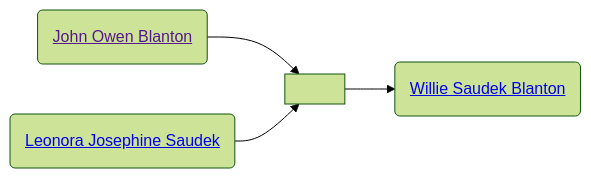
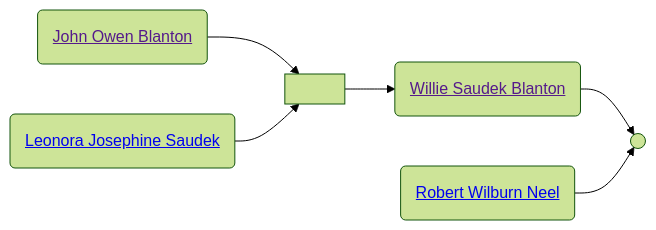
One commit to neelsmith/avocational changed the second of 2 diagrams in familyhistory/sources/people/Neel-line/Blanton-line/John_Owen_Blanton.qmd. Above: the diagram before and after it, drawn with Mermaid (forest theme). The commit also changed other lines of this file and 66 other files, not shown here.

````diff
--- a/familyhistory/sources/people/Neel-line/Blanton-line/John_Owen_Blanton.qmd
+++ b/familyhistory/sources/people/Neel-line/Blanton-line/John_Owen_Blanton.qmd
@@ -39,11 +39,14 @@
 ```{mermaid}
 graph LR
 class John_Owen_Blanton_and_Leonora_Josephine_Saudek marriage
 John_Owen_Blanton(<a href=''>John Owen Blanton</>) --> John_Owen_Blanton_and_Leonora_Josephine_Saudek[ ]
 Leonora_Josephine_Saudek(<a href='./Saudek-line/Leonora_Josephine_Saudek.html'>Leonora Josephine Saudek</>) --> John_Owen_Blanton_and_Leonora_Josephine_Saudek(( ))
 John_Owen_Blanton_and_Leonora_Josephine_Saudek[ ] --> Willie_Saudek_Blanton(<a href='./Willie_Saudek_Blanton.html'>Willie Saudek Blanton</>)
+class Willie_Saudek_Blanton_and_Robert_Wilburn_Neel marriage
+Willie_Saudek_Blanton(<a href=''>Willie Saudek Blanton</>) --> Willie_Saudek_Blanton_and_Robert_Wilburn_Neel[ ]
+Robert_Wilburn_Neel(<a href='./../Robert_Wilburn_Neel.html'>Robert Wilburn Neel</>) --> Willie_Saudek_Blanton_and_Robert_Wilburn_Neel(( ))
 classDef mother fill:#ffd1dc
 classDef father fill:#daf0f7  
 classDef marriage fill:#ffffff
 
 ```
````
